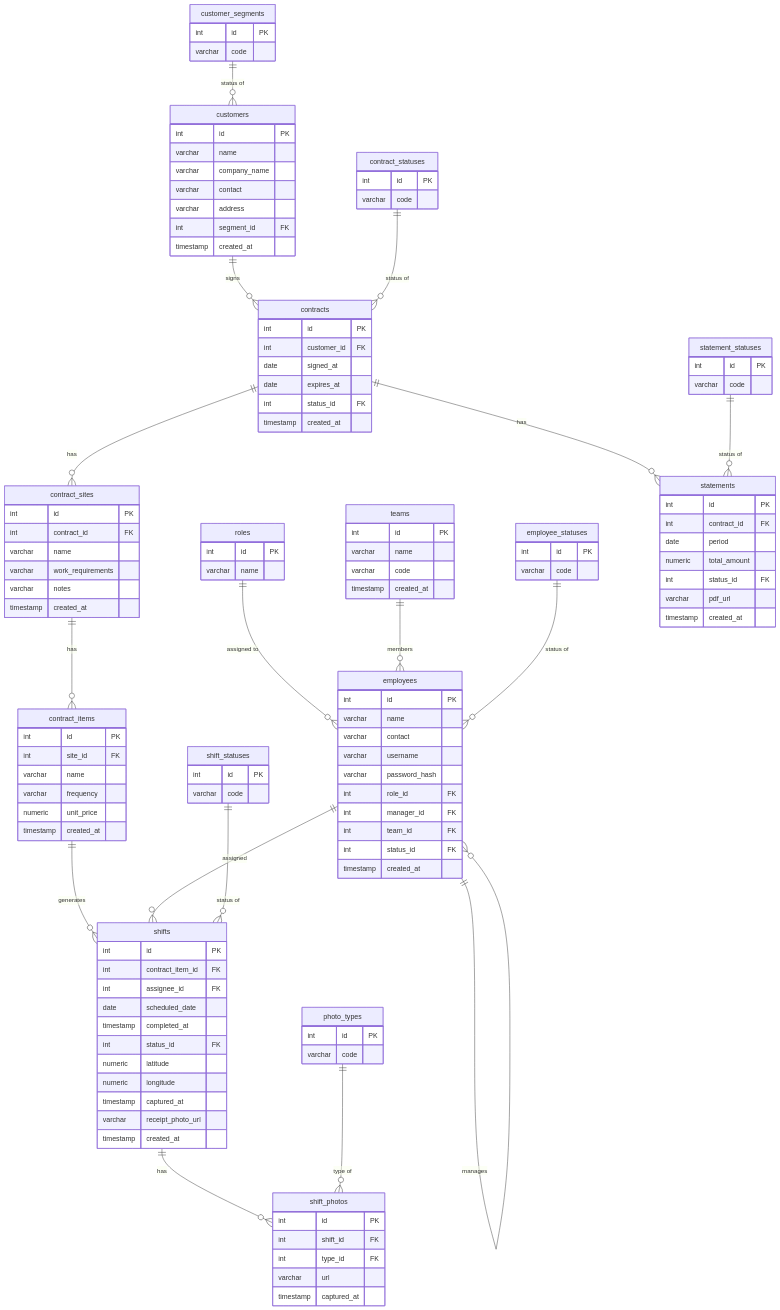
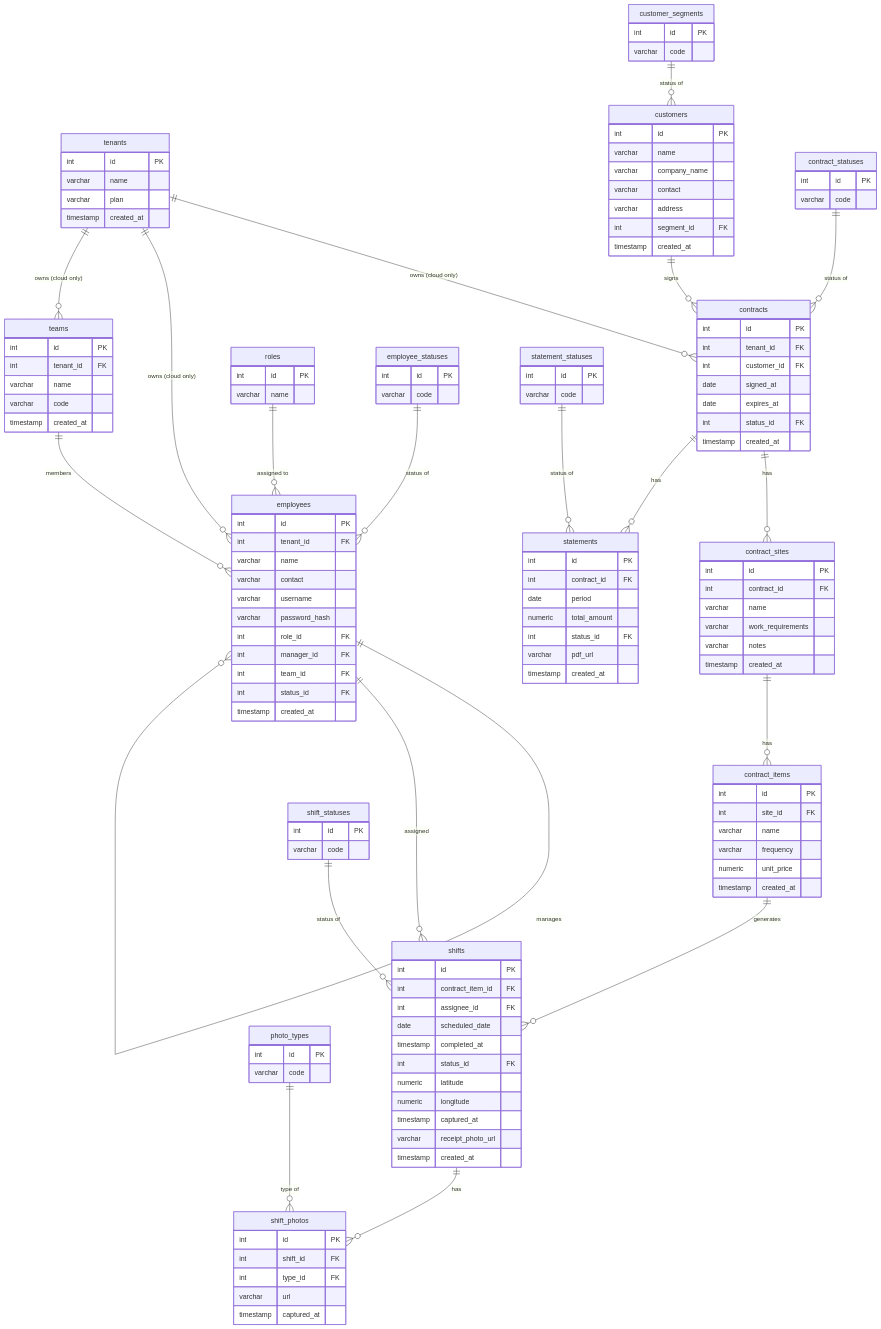
One commit to dDxCg/contrack changed the diagram in db/erd.md. Above: the diagram before and after it, drawn with Mermaid. The commit also changed 6 other files, not shown here.

````diff
--- a/db/erd.md
+++ b/db/erd.md
@@ -3,5 +3,8 @@
 ```mermaid
 erDiagram
+    tenants ||--o{ contracts : "owns (cloud only)"
+    tenants ||--o{ employees : "owns (cloud only)"
+    tenants ||--o{ teams : "owns (cloud only)"
     roles ||--o{ employees : "assigned to"
     employees ||--o{ employees : "manages"
     teams ||--o{ employees : "members"
@@ -64,8 +67,16 @@
         timestamp created_at
     }
 
+    tenants {
+        int id PK
+        varchar name
+        varchar plan
+        timestamp created_at
+    }
+
     teams {
         int id PK
+        int tenant_id FK
         varchar name
         varchar code
         timestamp created_at
@@ -73,6 +84,7 @@
 
     employees {
         int id PK
+        int tenant_id FK
         varchar name
         varchar contact
         varchar username
@@ -86,6 +98,7 @@
 
     contracts {
         int id PK
+        int tenant_id FK
         int customer_id FK
         date signed_at
         date expires_at
````
